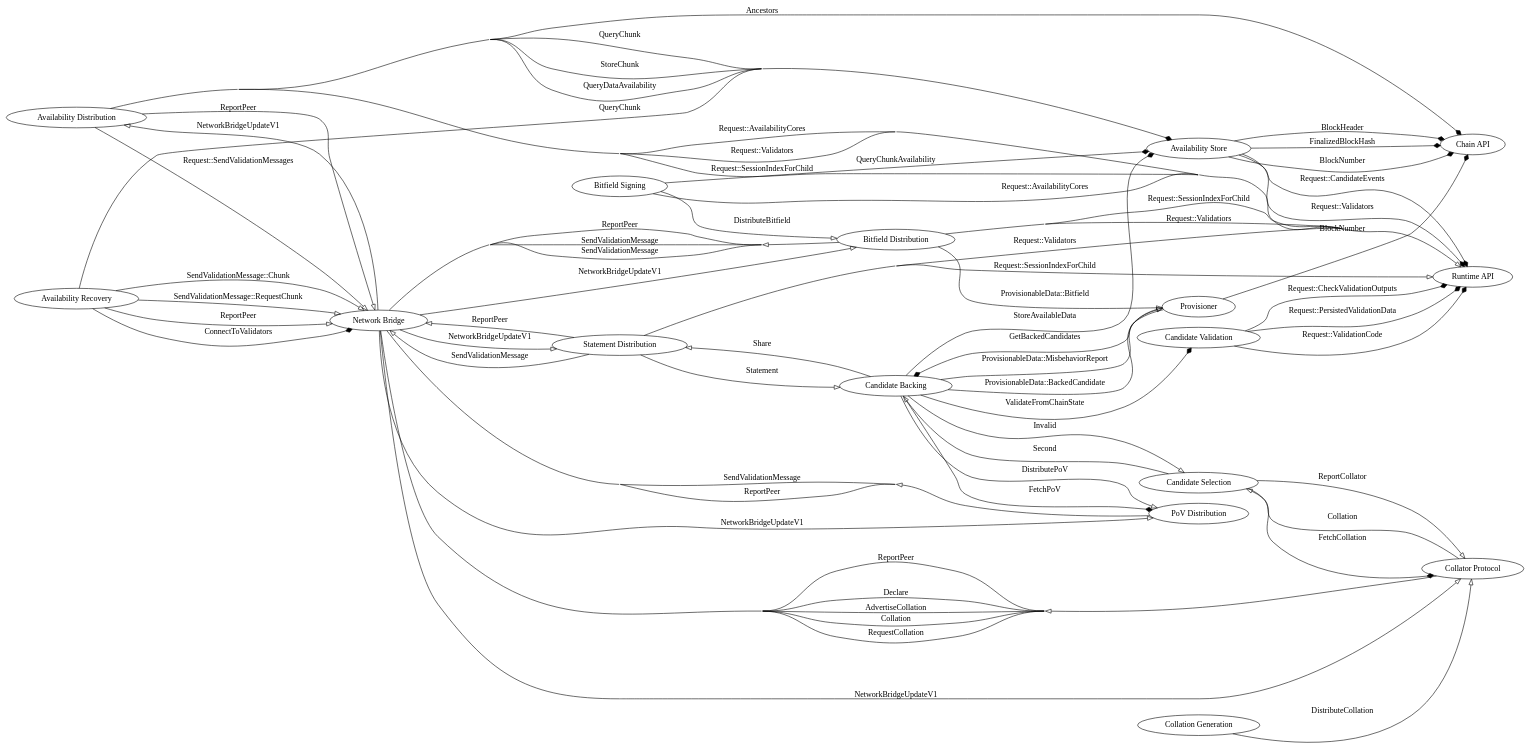
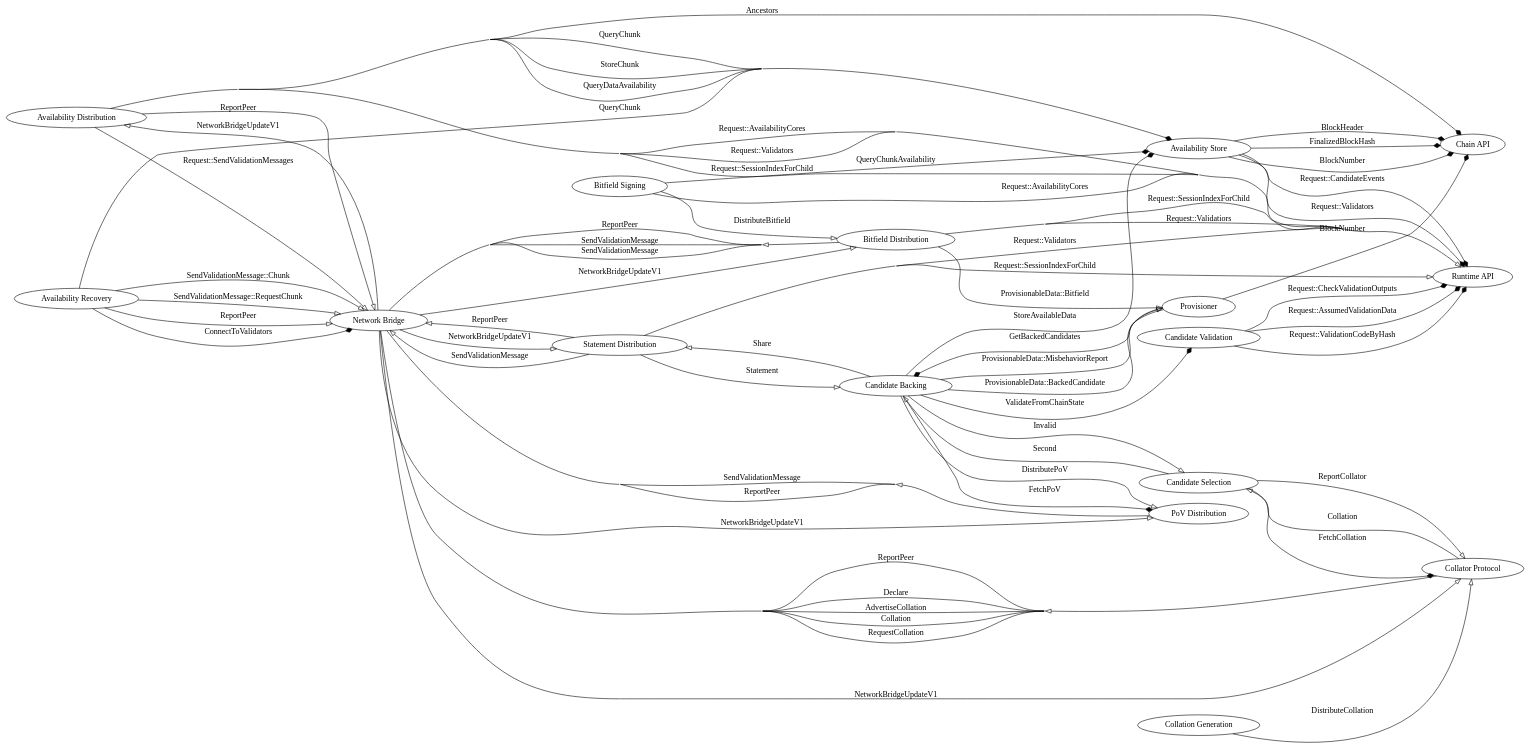
The first of 10 diagrams in roadmap/implementers-guide/src/node/subsystems-and-jobs.md (paritytech/polkadot), drawn with Graphviz before and after one commit. The commit also changed 2 other files, not shown here.

Commit message:
Update implementers guide

```diff
--- a/roadmap/implementers-guide/src/node/subsystems-and-jobs.md
+++ b/roadmap/implementers-guide/src/node/subsystems-and-jobs.md
@@ -90,8 +90,8 @@
     cand_sel    -> cand_back    [arrowhead = "onormal", label = "Second"]
     cand_sel    -> coll_prot    [arrowhead = "onormal", label = "ReportCollator"]
 
-    cand_val    -> runt_api     [arrowhead = "diamond", label = "Request::PersistedValidationData"]
-    cand_val    -> runt_api     [arrowhead = "diamond", label = "Request::ValidationCode"]
+    cand_val    -> runt_api     [arrowhead = "diamond", label = "Request::AssumedValidationData"]
+    cand_val    -> runt_api     [arrowhead = "diamond", label = "Request::ValidationCodeByHash"]
     cand_val    -> runt_api     [arrowhead = "diamond", label = "Request::CheckValidationOutputs"]
 
     coll_gen    -> coll_prot    [arrowhead = "onormal", label = "DistributeCollation"]
```
